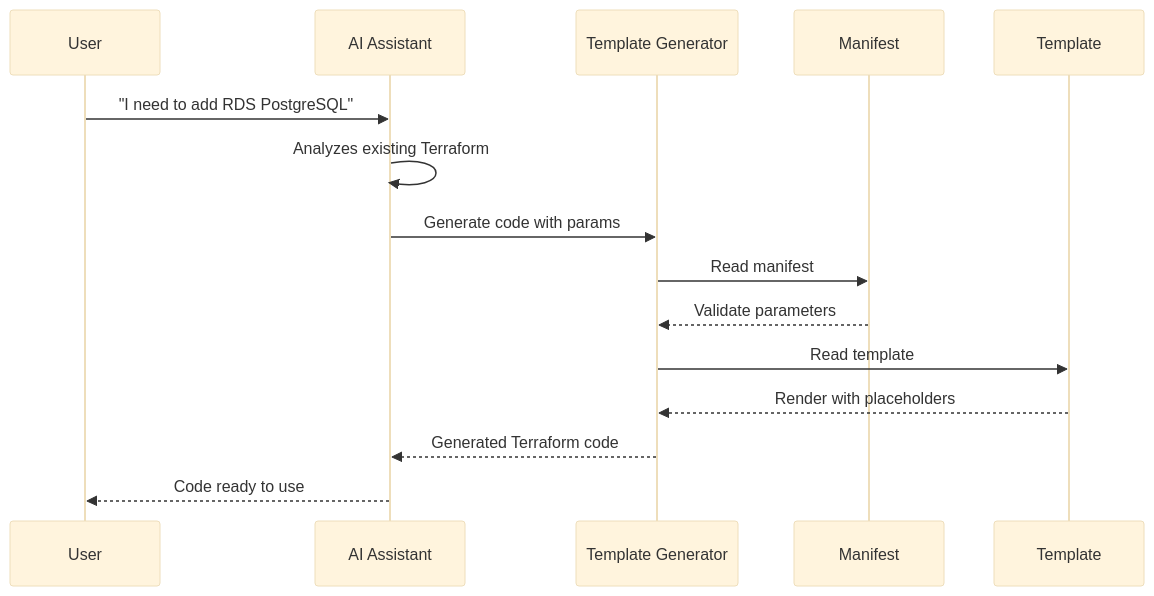
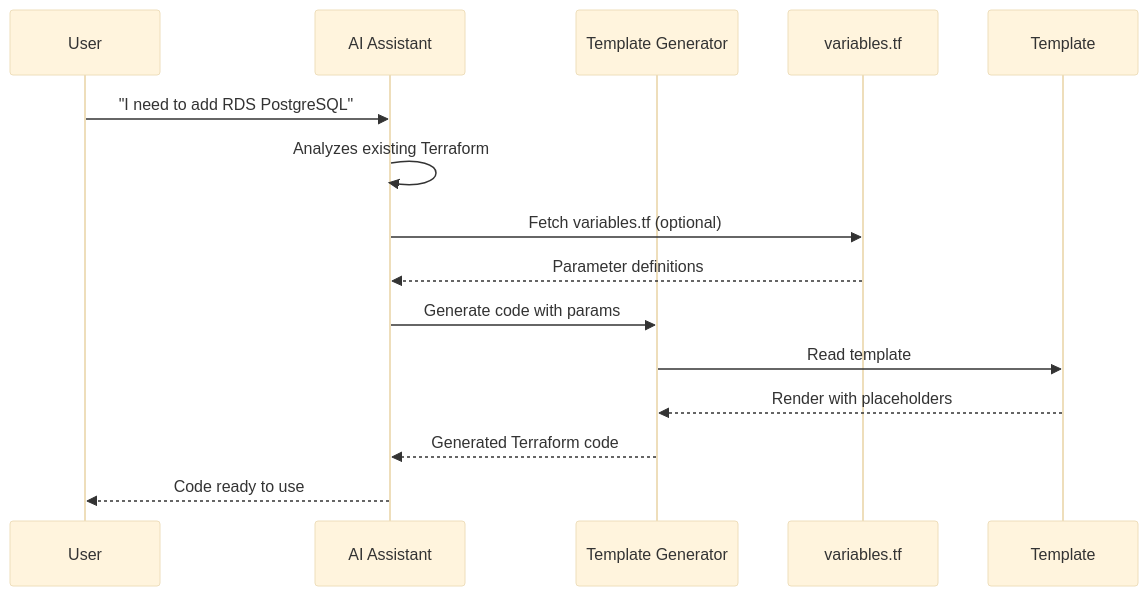
Before and after one commit to berTrindade/terraform-infrastructure-blueprints: the third of 3 diagrams in docs/manifests-and-templates.md, drawn with Mermaid (base theme). The commit also changed other lines of this file and 61 other files, not shown here.

````diff
--- a/docs/manifests-and-templates.md
+++ b/docs/manifests-and-templates.md
@@ -39,18 +37,18 @@
 ```mermaid
 sequenceDiagram
     participant U as User
     participant AI as AI Assistant
     participant TG as Template Generator
-    participant M as Manifest
+    participant V as variables.tf
     participant T as Template
     
     U->>AI: "I need to add RDS PostgreSQL"
     AI->>AI: Analyzes existing Terraform
+    AI->>V: Fetch variables.tf (optional)
+    V-->>AI: Parameter definitions
     AI->>TG: Generate code with params
-    TG->>M: Read manifest
-    M-->>TG: Validate parameters
     TG->>T: Read template
     T-->>TG: Render with placeholders
     TG-->>AI: Generated Terraform code
     AI-->>U: Code ready to use
 ```
````
